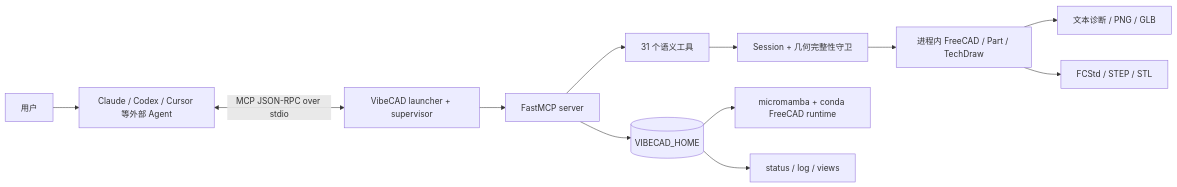
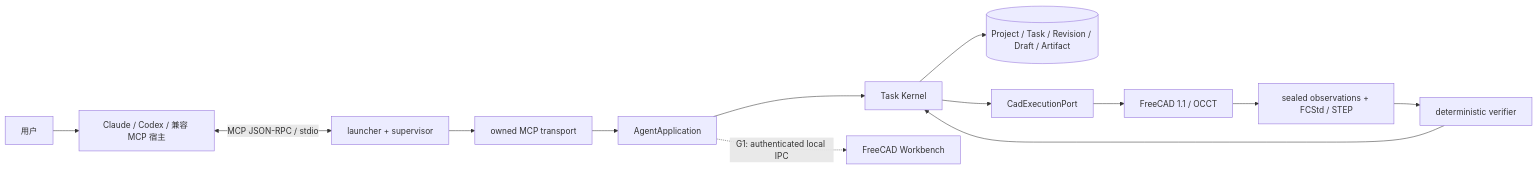
The first of 3 diagrams in docs/ARCHITECTURE.md (wangtao9090/VibeCAD), drawn with Mermaid before and after one commit. The commit also changed other lines of this file and 6 other files, not shown here.

Commit message:
docs(architecture): reconcile Agent-first baseline

````diff
--- a/docs/ARCHITECTURE.md
+++ b/docs/ARCHITECTURE.md
@@ -28,14 +37,15 @@
 ```mermaid
 flowchart LR
-    U[用户] --> A[Claude / Codex / Cursor 等外部 Agent]
-    A <-->|MCP JSON-RPC over stdio| L[VibeCAD launcher + supervisor]
-    L --> S[FastMCP server]
-    S --> T[31 个语义工具]
-    T --> E[Session + 几何完整性守卫]
-    E --> F[进程内 FreeCAD / Part / TechDraw]
-    F --> R[文本诊断 / PNG / GLB]
-    F --> O[FCStd / STEP / STL]
-    S --> D[(VIBECAD_HOME)]
-    D --> M[micromamba + conda FreeCAD runtime]
-    D --> V[status / log / views]
+    U["用户"] --> H["Claude / Codex / 兼容 MCP 宿主"]
+    H <-->|"MCP JSON-RPC / stdio"| L["launcher + supervisor"]
+    L --> T["owned MCP transport"]
+    T --> A["AgentApplication"]
+    A --> K["Task Kernel"]
+    K --> D[("Project / Task / Revision / Draft / Artifact")]
+    K --> C["CadExecutionPort"]
+    C --> F["FreeCAD 1.1 / OCCT"]
+    F --> E["sealed observations + FCStd / STEP"]
+    E --> V["deterministic verifier"]
+    V --> K
+    A -.->|"G1: authenticated local IPC"| G["FreeCAD Workbench"]
 ```
````
